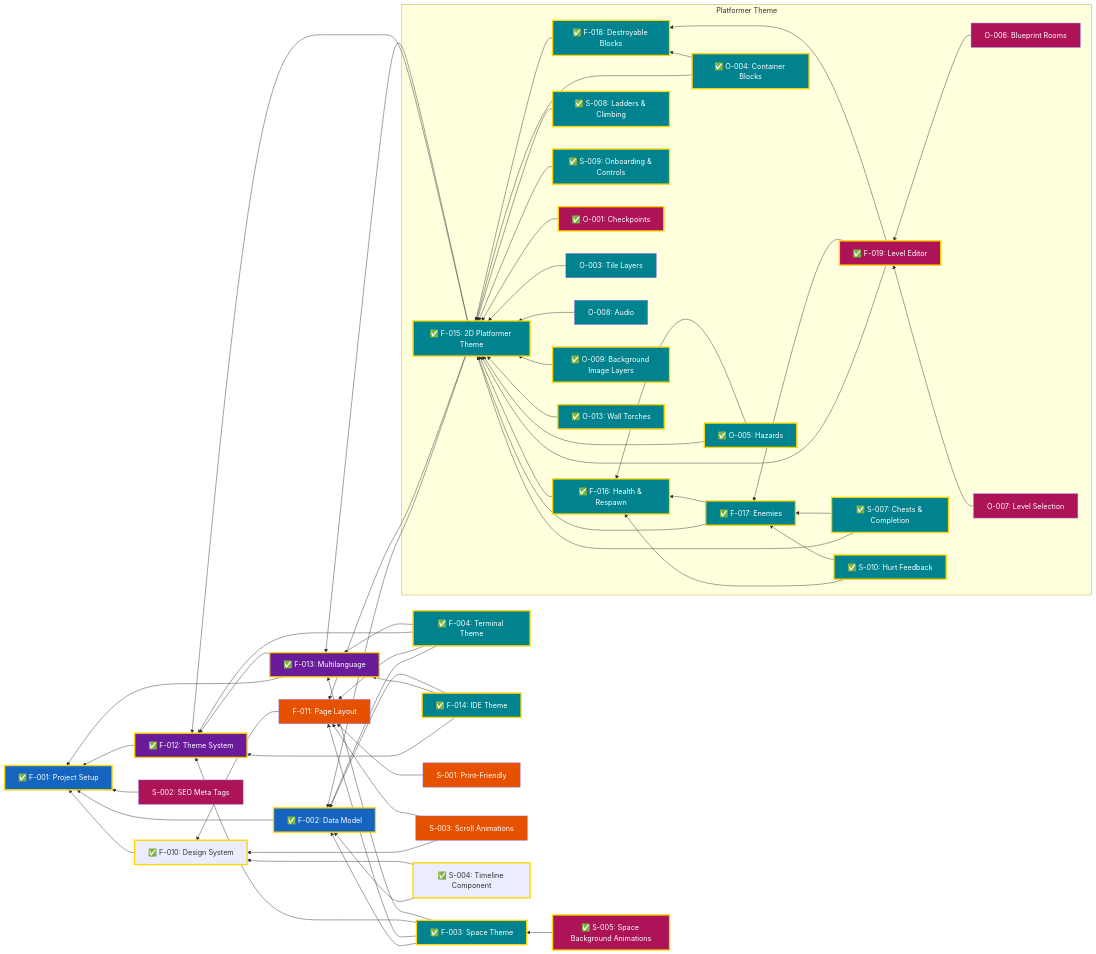
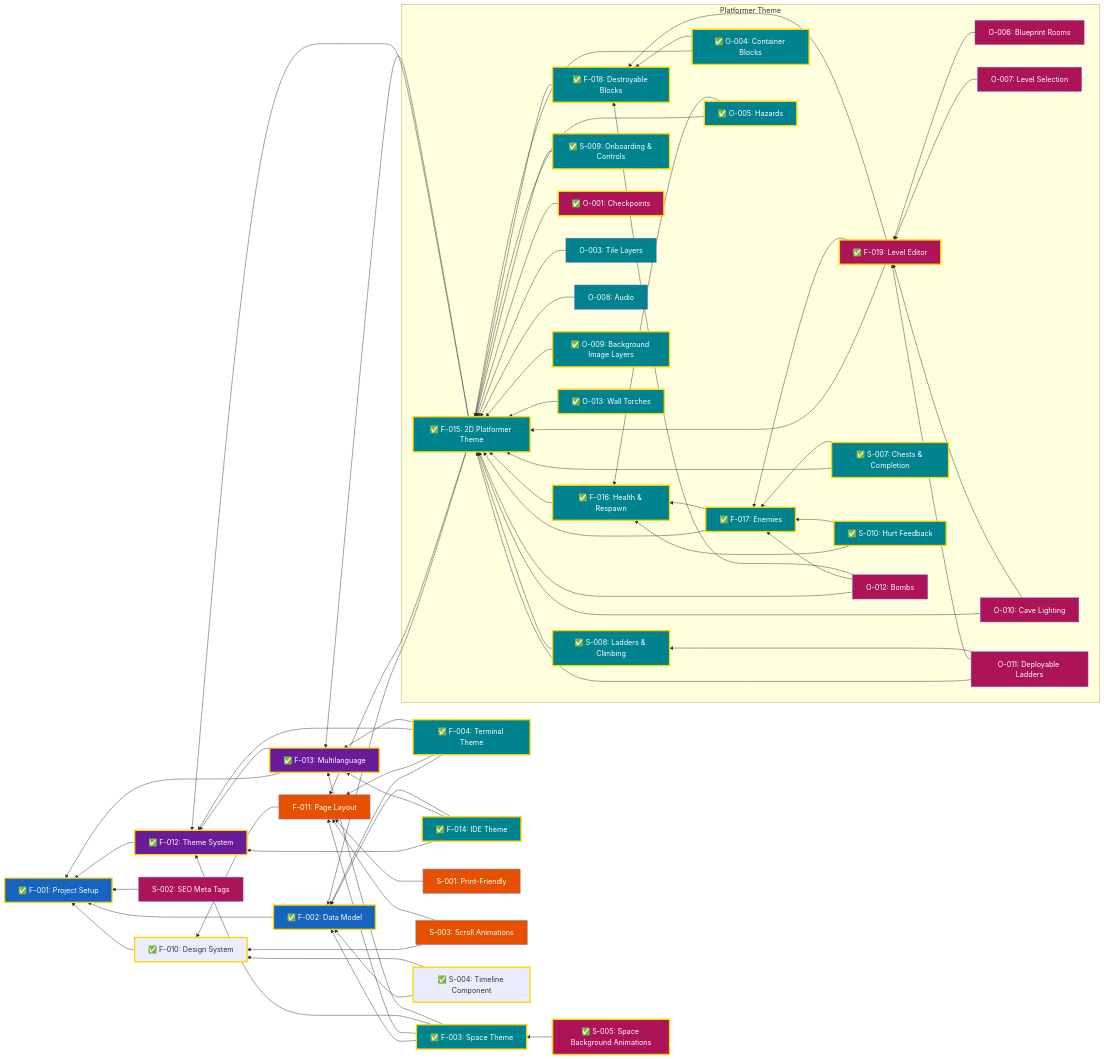
The diagram in docs/Features.md (garcipat/cv-website), drawn with Mermaid before and after one commit. The commit also changed other lines of this file and 3 other files, not shown here.

First line of the commit message:
docs: add platformer cave lighting, deployable ladders and bomb ideas

````diff
--- a/docs/Features.md
+++ b/docs/Features.md
@@ -138,6 +144,9 @@
         O007["O-007: Level Selection"]
         O008["O-008: Audio"]
         O009["✅ O-009: Background Image Layers"]
+        O010["O-010: Cave Lighting"]
+        O011["O-011: Deployable Ladders"]
+        O012["O-012: Bombs"]
         O013["✅ O-013: Wall Torches"]
     end
 
@@ -191,6 +200,14 @@
     O007 --> F019
     O008 --> F015
     O009 --> F015
+    O010 --> F015
+    O010 --> F019
+    O011 --> F015
+    O011 --> F019
+    O011 --> S008
+    O012 --> F015
+    O012 --> F017
+    O012 --> F018
     O001 --> F015
     O013 --> F015
 
@@ -218,7 +235,7 @@
     class O001 done
     class S005 done
     class F015,F016,F017,F018,S007,S008,S009,S010,O003,O004,O005,O008,O009,O013 themes
-    class F019,O006,O007 enhancements
+    class F019,O006,O007,O010,O011,O012 enhancements
     class F015,F016,F017,F018,F019,S007,S008,S009,S010,O004,O005,O009 done
     class O013 done
 ```
````
